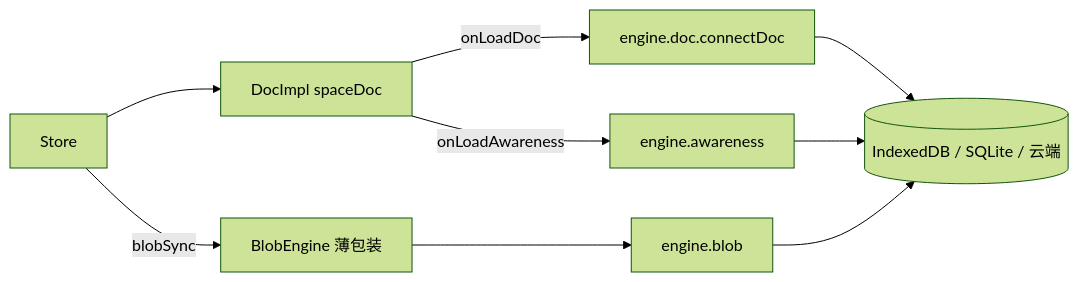
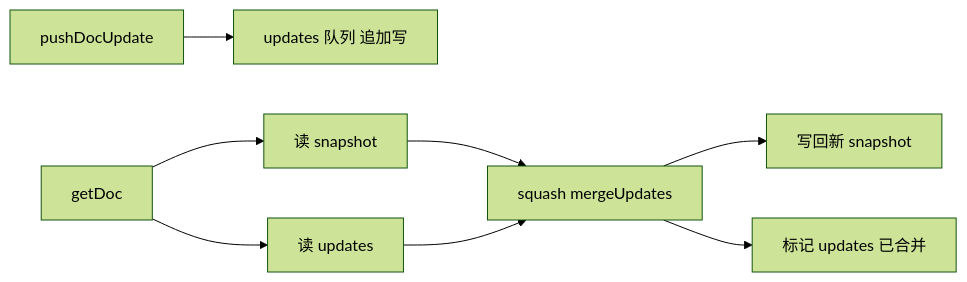
Before and after one commit to lfire/AFFiNE: the sixth of 6 diagrams in learning-guide/slides/decks/12.md, drawn with Mermaid (forest theme). The commit also changed other lines of this file and 73 other files, not shown here.

````diff
--- a/learning-guide/slides/decks/12.md
+++ b/learning-guide/slides/decks/12.md
@@ -538,11 +453,10 @@
 ```mermaid
 flowchart LR
-  S["Store"] --> D["DocImpl spaceDoc"]
-  S -->|blobSync| BE["BlobEngine 薄包装"]
-  D -->|onLoadDoc| H1["engine.doc.connectDoc"]
-  D -->|onLoadAwareness| H2["engine.awareness"]
-  BE --> H3["engine.blob"]
-  H1 --> N[("IndexedDB / SQLite / 云端")]
-  H2 --> N
-  H3 --> N
+  W["pushDocUpdate"] --> Q["updates 队列 追加写"]
+  R["getDoc"] --> S1["读 snapshot"]
+  R --> S2["读 updates"]
+  S1 --> M["squash mergeUpdates"]
+  S2 --> M
+  M --> NS["写回新 snapshot"]
+  M --> Del["标记 updates 已合并"]
 ```
````
